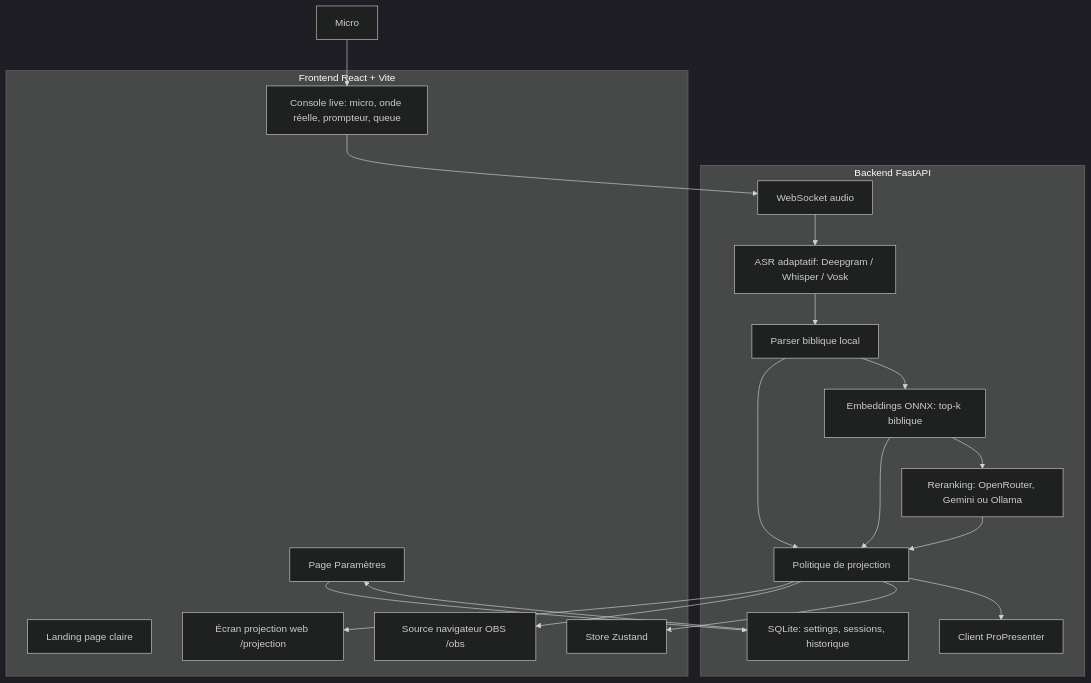
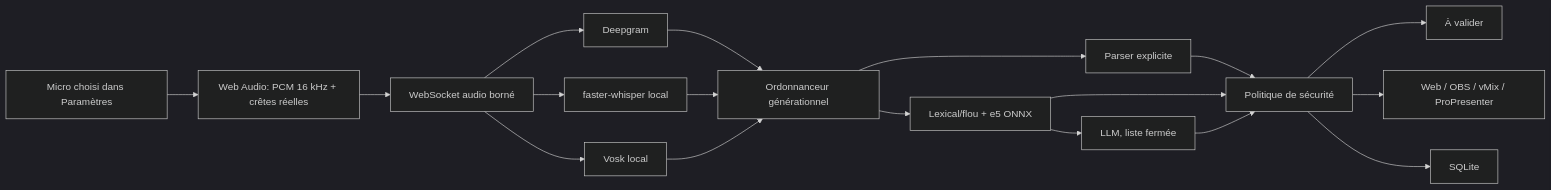
The diagram in v2/EXPLICATION_ARCHITECTURE.md (gafard/VersePro), drawn with Mermaid (dark theme) before and after one commit. The commit also changed other lines of this file and 40 other files, not shown here.

````diff
--- a/v2/EXPLICATION_ARCHITECTURE.md
+++ b/v2/EXPLICATION_ARCHITECTURE.md
@@ -19,38 +11,20 @@
 ```mermaid
-flowchart TB
-  subgraph Frontend["Frontend React + Vite"]
-    Landing["Landing page claire"]
-    Live["Console live: micro, onde réelle, prompteur, queue"]
-    Settings["Page Paramètres"]
-    Projector["Écran projection web /projection"]
-    OBS["Source navigateur OBS /obs"]
-    Store["Store Zustand"]
-  end
-
-  subgraph Backend["Backend FastAPI"]
-    WS["WebSocket audio"]
-    ASR["ASR adaptatif: Deepgram / Whisper / Vosk"]
-    Parser["Parser biblique local"]
-    Retrieval["Embeddings ONNX: top-k biblique"]
-    AI["Reranking: OpenRouter, Gemini ou Ollama"]
-    Policy["Politique de projection"]
-    DB["SQLite: settings, sessions, historique"]
-    PP["Client ProPresenter"]
-  end
-
-  Mic["Micro"] --> Live
-  Live --> WS
-  Settings --> DB
-  WS --> ASR
-  ASR --> Parser
-  Parser --> Policy
-  Parser --> Retrieval
-  Retrieval --> AI
-  Retrieval --> Policy
-  AI --> Policy
-  Policy --> Store
-  Policy --> PP
-  Policy --> Projector
-  Policy --> OBS
-  DB --> Settings
+flowchart LR
+  Mic["Micro choisi dans Paramètres"] --> WebAudio["Web Audio: PCM 16 kHz + crêtes réelles"]
+  WebAudio --> AudioWS["WebSocket audio borné"]
+  AudioWS --> DG["Deepgram"]
+  AudioWS --> Whisper["faster-whisper local"]
+  AudioWS --> Vosk["Vosk local"]
+  DG --> Scheduler["Ordonnanceur générationnel"]
+  Whisper --> Scheduler
+  Vosk --> Scheduler
+  Scheduler --> Parser["Parser explicite"]
+  Scheduler --> Fusion["Lexical/flou + e5 ONNX"]
+  Fusion --> ClosedAI["LLM, liste fermée"]
+  Parser --> Policy["Politique de sécurité"]
+  Fusion --> Policy
+  ClosedAI --> Policy
+  Policy --> Queue["À valider"]
+  Policy --> Outputs["Web / OBS / vMix / ProPresenter"]
+  Policy --> DB["SQLite"]
 ```
````
